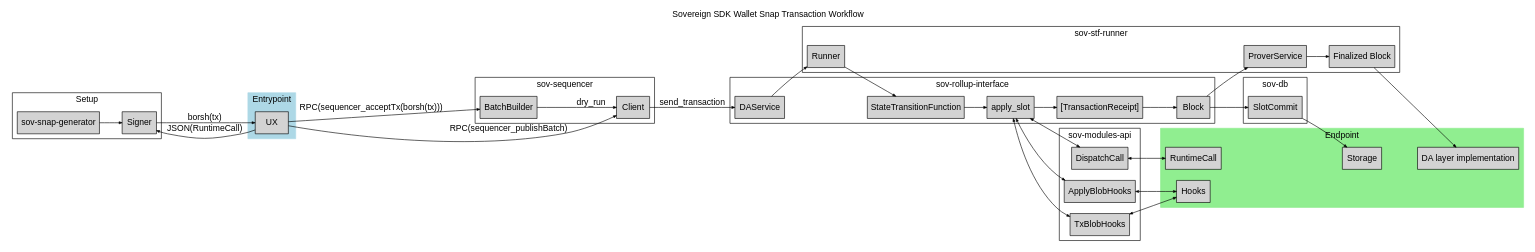
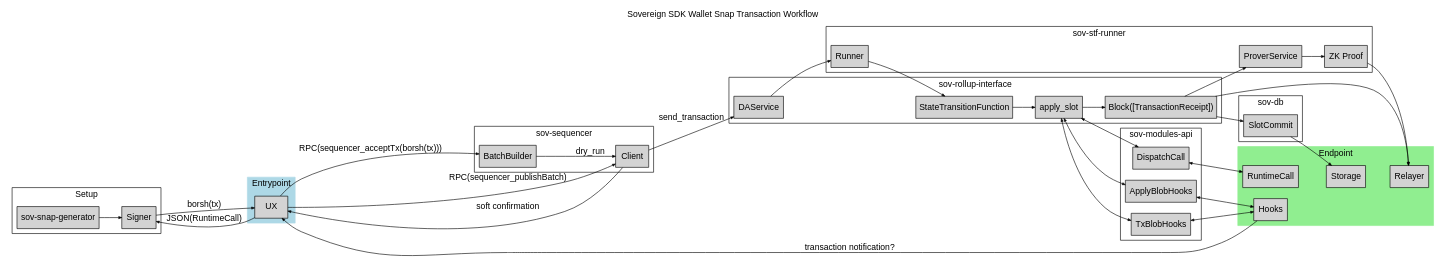
Before and after one commit to Sovereign-Labs/docs-draft: the diagram in 0001-transaction-wallet-workflow.md, drawn with Graphviz. The commit also changed other lines of this file, not shown here.

Commit message:
adjust zk proof flow

````diff
--- a/0001-transaction-wallet-workflow.md
+++ b/0001-transaction-wallet-workflow.md
@@ -49,8 +49,7 @@
         rollup_state_transition_function [label="StateTransitionFunction"]
         rollup_apply_slot [label="apply_slot"]
         rollup_da_service [label="DAService"]
-        rollup_receipts [label="[TransactionReceipt]"]
-        rollup_block [label="Block"]
+        rollup_block [label="Block([TransactionReceipt])"]
 
         label = "sov-rollup-interface"
     }
@@ -58,7 +57,7 @@
     subgraph cluster_sov_stf_runner {
         runner [label="Runner"]
         runner_prover [label="ProverService"]
-        runner_finalized_block [label="Finalized Block"]
+        runner_proof [label="ZK Proof"]
 
         label = "sov-stf-runner"
     }
@@ -81,7 +80,7 @@
         style=filled;
         color=lightgreen;
 
-        da_service [label="DA layer implementation"]
+        relayer [label="Relayer"]
         storage [label="Storage"]
         module_runtime [label="RuntimeCall"]
         module_hooks [label="Hooks"]
@@ -93,6 +92,10 @@
     wallet_signer -> ux [label="borsh(tx)"]
     ux -> sequencer_batch_builder [label="RPC(sequencer_acceptTx(borsh(tx)))"]
     ux -> sequencer_client [label="RPC(sequencer_publishBatch)"]
+
+    sequencer_client -> ux [label="soft confirmation"]
+    module_hooks -> ux [label="transaction notification?"]
+
     sov_snap_generator -> wallet_signer
     sequencer_client -> rollup_da_service [label="send_transaction"]
     rollup_da_service -> runner
@@ -102,17 +105,17 @@
 
     rollup_apply_slot -> module_apply_blob_hooks [dir="both"]
     rollup_apply_slot -> module_tx_hooks [dir="both"]
-    rollup_apply_slot -> rollup_receipts
+    rollup_apply_slot -> rollup_block
     rollup_apply_slot -> module_dispatch_call [dir="both"]
     module_dispatch_call -> module_runtime [dir="both"]
 
     module_apply_blob_hooks -> module_hooks [dir="both"]
     module_tx_hooks -> module_hooks [dir="both"]
-    rollup_receipts -> rollup_block
     rollup_block -> runner_prover
     rollup_block -> db_slot_commit
-    runner_prover -> runner_finalized_block
+    runner_prover -> runner_proof
     db_slot_commit -> storage
-    runner_finalized_block -> da_service
+    rollup_block -> relayer
+    runner_proof -> relayer
 }
 ```
````
